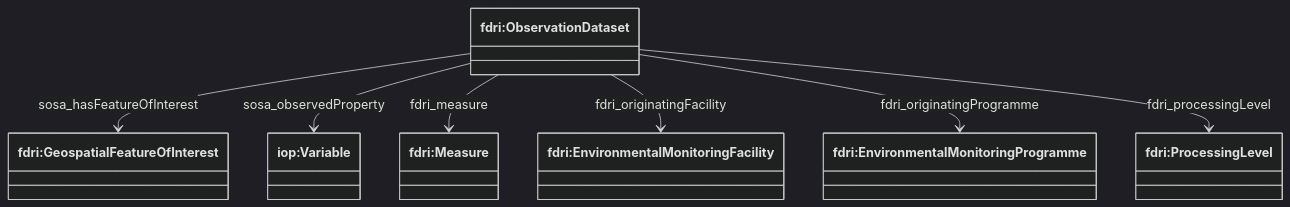
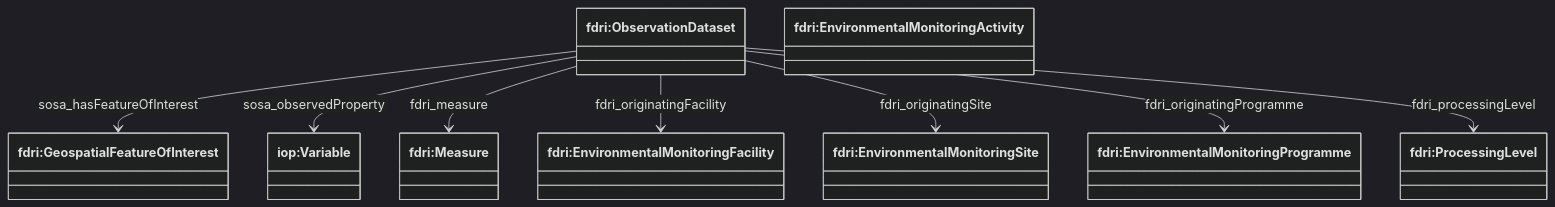
One commit to NERC-CEH/fdri-ontology changed the first of 3 diagrams in doc/time-series-dataset.md. Above: the diagram before and after it, drawn with Mermaid (dark theme). The commit also changed other lines of this file and 9 other files, not shown here.

````diff
--- a/doc/time-series-dataset.md
+++ b/doc/time-series-dataset.md
@@ -5,16 +5,19 @@
 ```mermaid
 classDiagram
 class ObservationDataset["fdri:ObservationDataset"]
 class FoI["fdri:GeospatialFeatureOfInterest"]
+class EMS["fdri:EnvironmentalMonitoringSite"]
 class EMF["fdri:EnvironmentalMonitoringFacility"]
 class EMP["fdri:EnvironmentalMonitoringProgramme"]
+class Activity["fdri:EnvironmentalMonitoringActivity"]
 class Variable["iop:Variable"]
 class Measure["fdri:Measure"]
 class ProcessingLevel["fdri:ProcessingLevel"]
 ObservationDataset --> FoI: sosa_hasFeatureOfInterest
 ObservationDataset --> Variable: sosa_observedProperty
 ObservationDataset --> Measure: fdri_measure
 ObservationDataset --> EMF: fdri_originatingFacility
+ObservationDataset --> EMS: fdri_originatingSite
 ObservationDataset --> EMP: fdri_originatingProgramme
 ObservationDataset --> ProcessingLevel: fdri_processingLevel
 ```
````
